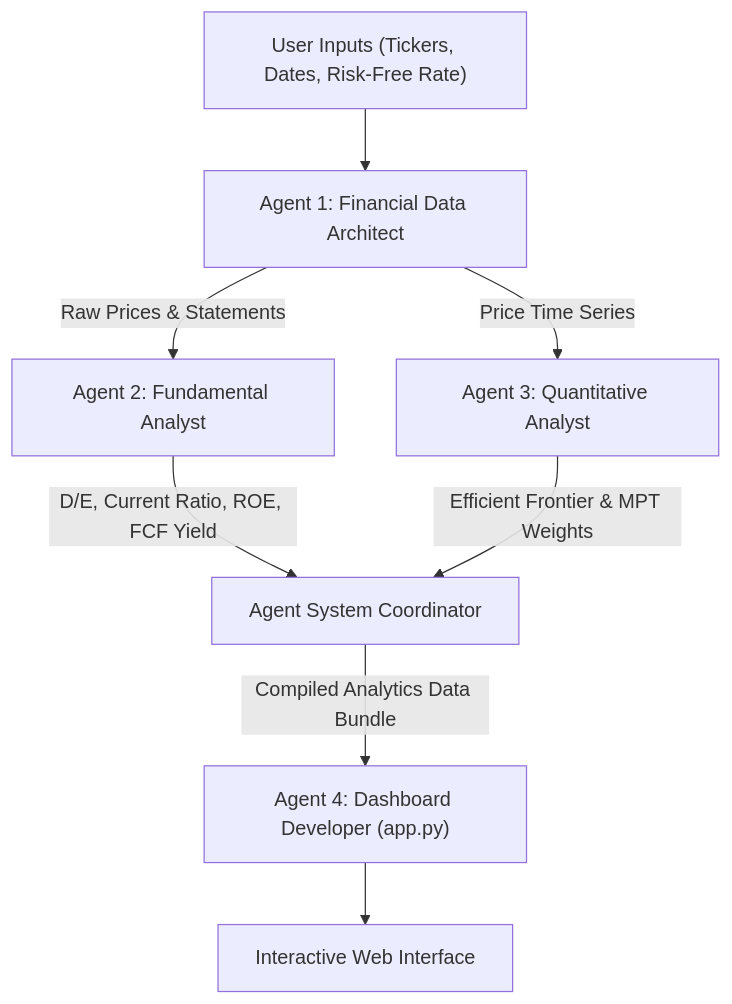
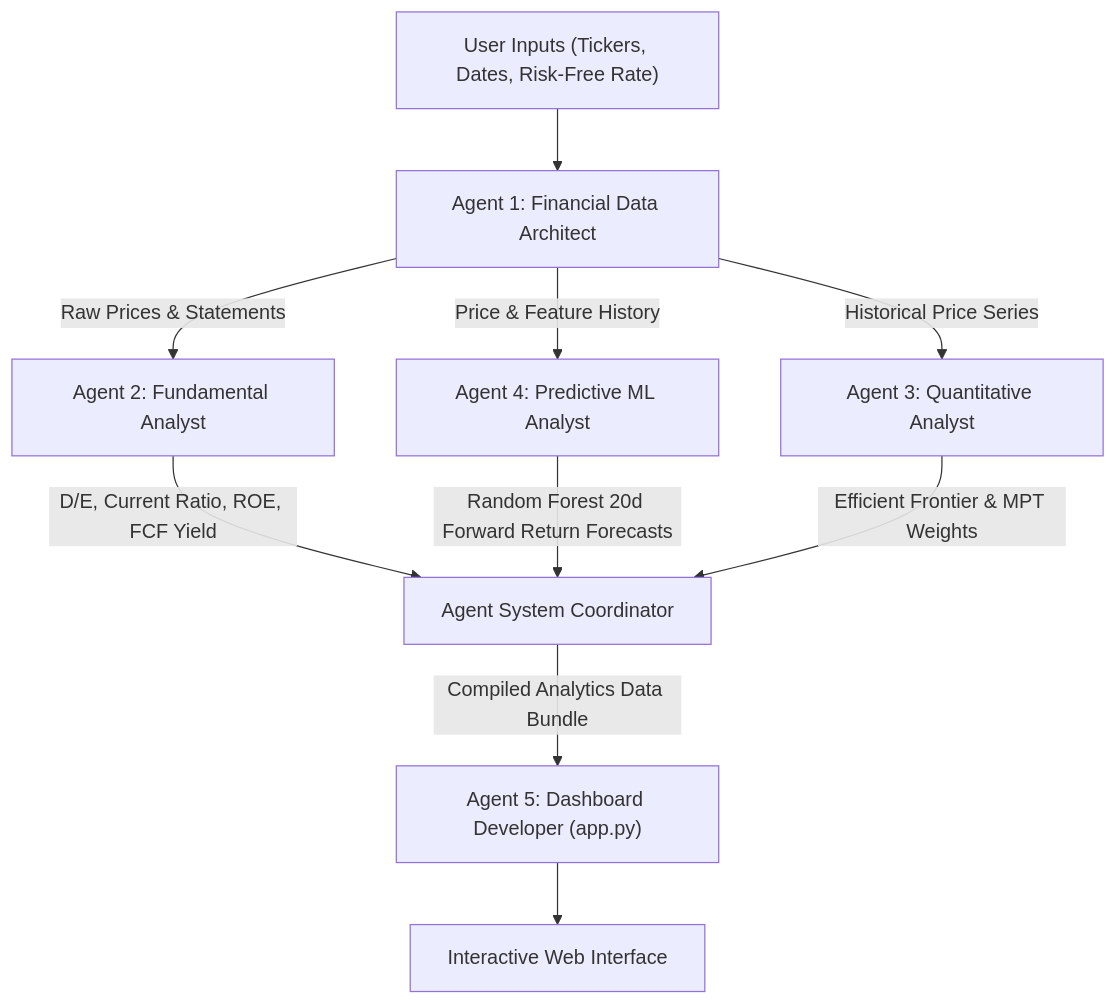
The diagram in README.md (manandewan/Financial-Statement-Portfolio-Analytics-Engine), drawn with Mermaid before and after one commit. The commit also changed other lines of this file and 6 other files, not shown here.

Commit message:
Add Agent 4: Predictive ML Analyst (Random Forest / Ridge) with technical features table (RSI, Volatility, Momentum, Volume Trend)

````diff
--- a/README.md
+++ b/README.md
@@ -13,10 +13,12 @@
 ```mermaid
 flowchart TD
     A["User Inputs (Tickers, Dates, Risk-Free Rate)"] --> B["Agent 1: Financial Data Architect"]
     B -->|"Raw Prices & Statements"| C["Agent 2: Fundamental Analyst"]
-    B -->|"Price Time Series"| D["Agent 3: Quantitative Analyst"]
-    C -->|"D/E, Current Ratio, ROE, FCF Yield"| E["Agent System Coordinator"]
-    D -->|"Efficient Frontier & MPT Weights"| E
-    E -->|"Compiled Analytics Data Bundle"| F["Agent 4: Dashboard Developer (app.py)"]
-    F --> G["Interactive Web Interface"]
+    B -->|"Price & Feature History"| D["Agent 4: Predictive ML Analyst"]
+    B -->|"Historical Price Series"| E["Agent 3: Quantitative Analyst"]
+    C -->|"D/E, Current Ratio, ROE, FCF Yield"| F["Agent System Coordinator"]
+    D -->|"Random Forest 20d Forward Return Forecasts"| F
+    E -->|"Efficient Frontier & MPT Weights"| F
+    F -->|"Compiled Analytics Data Bundle"| G["Agent 5: Dashboard Developer (app.py)"]
+    G --> H["Interactive Web Interface"]
 ```
````
